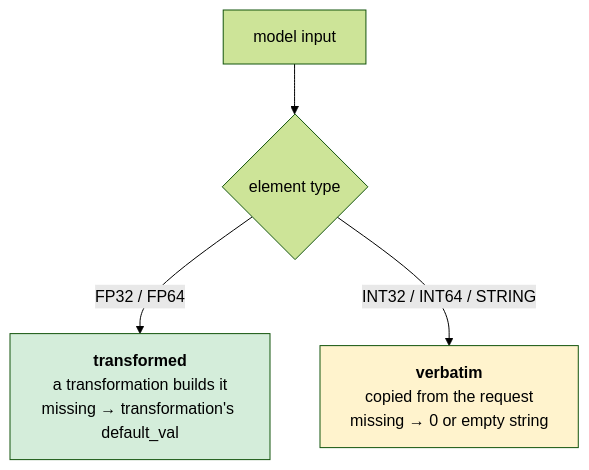
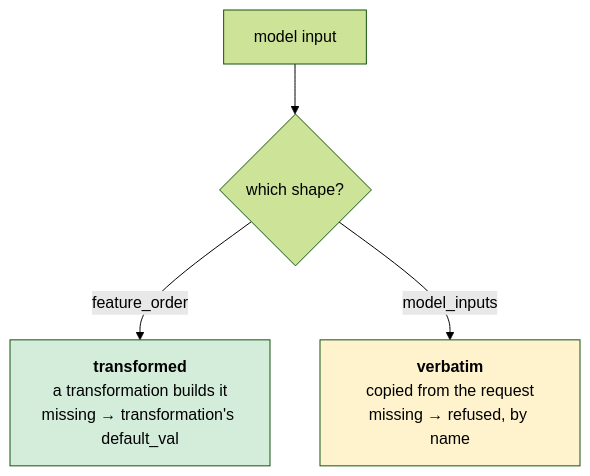
One commit to PratikBarhate/hushar changed the sixth of 9 diagrams in documentation/configuration.md. Above: the diagram before and after it, drawn with Mermaid (forest theme). The commit also changed other lines of this file and 72 other files, not shown here.

````diff
--- a/documentation/configuration.md
+++ b/documentation/configuration.md
@@ -444,8 +474,8 @@
 ```mermaid
 flowchart TB
-  i["model input"] --> e{"element type"}
-  e -->|"FP32 / FP64"| t["<b>transformed</b><br/>a transformation builds it<br/>missing → transformation's default_val"]
-  e -->|"INT32 / INT64 / STRING"| v["<b>verbatim</b><br/>copied from the request<br/>missing → 0 or empty string"]
+  i["model input"] --> e{"which shape?"}
+  e -->|"feature_order"| t["<b>transformed</b><br/>a transformation builds it<br/>missing → transformation's default_val"]
+  e -->|"model_inputs"| v["<b>verbatim</b><br/>copied from the request<br/>missing → refused, by name"]
   style t fill:#d4edda
   style v fill:#fff3cd
 ```
````
